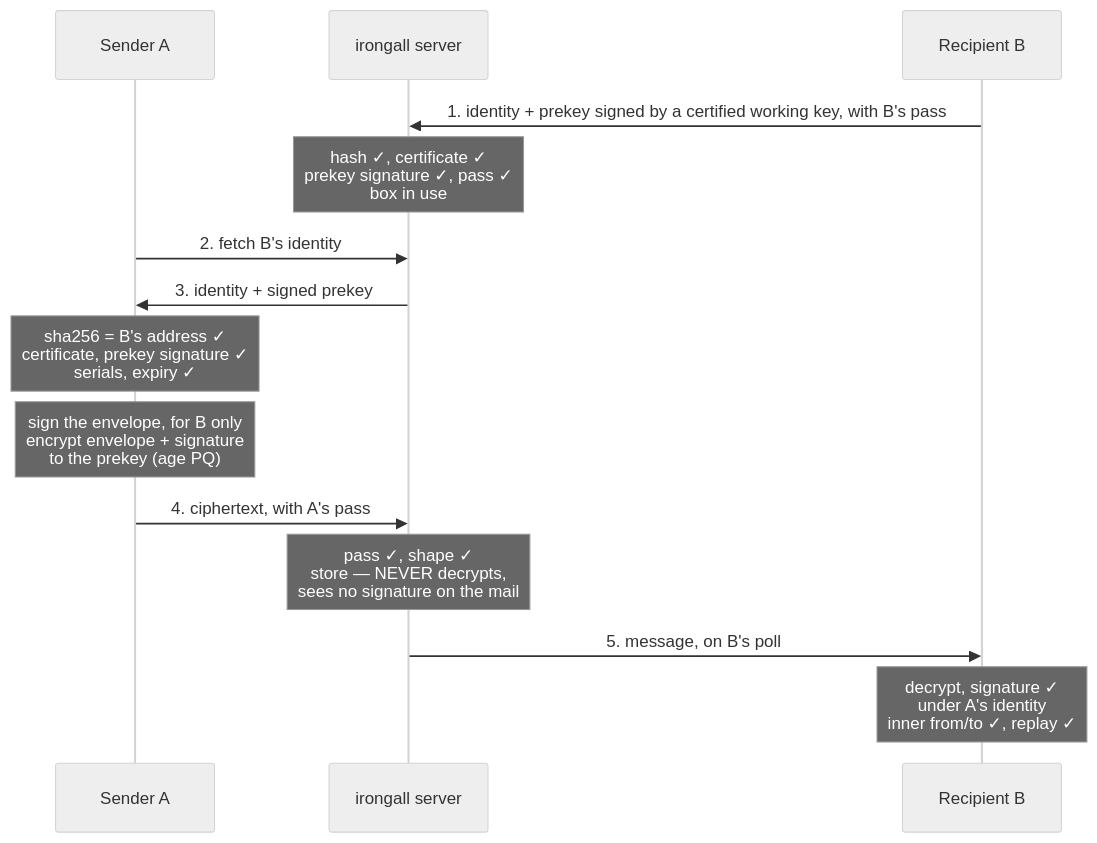
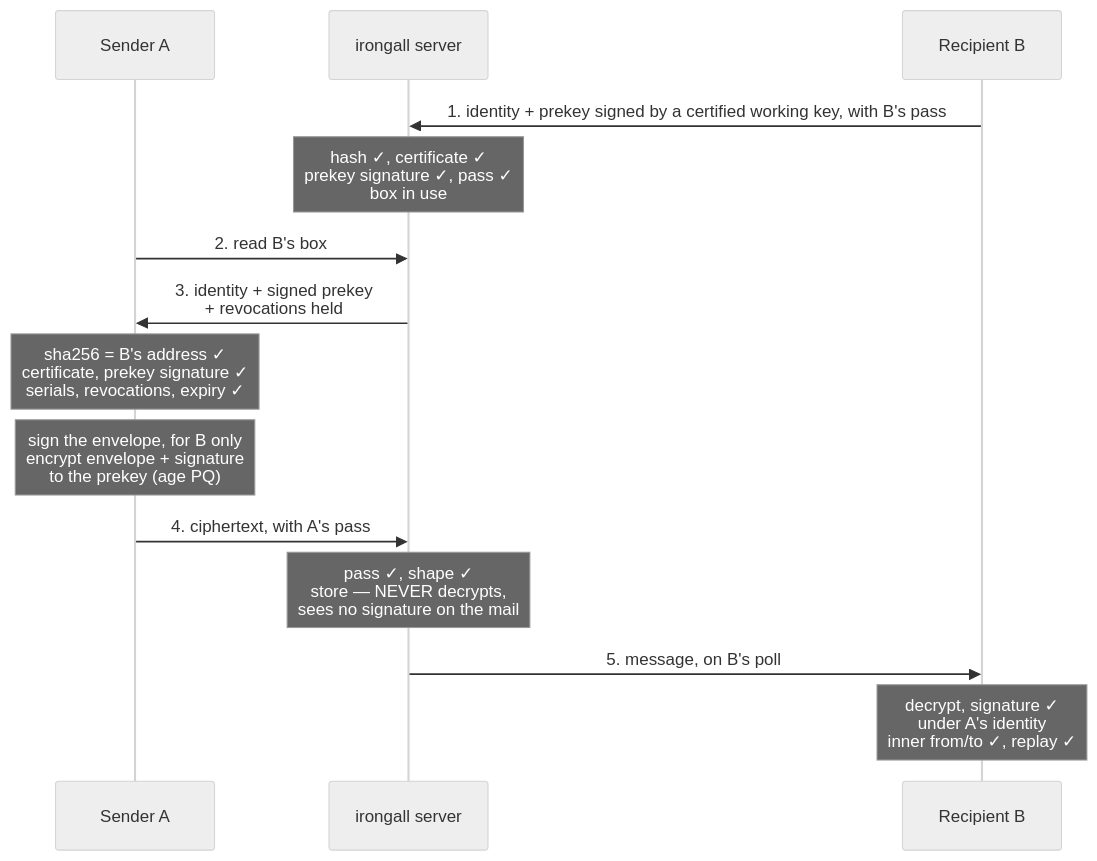
Before and after one commit to IronGall-dev/irongall-server: the diagram in CRYPTO-ANALYSIS.md, drawn with Mermaid (neutral theme). The commit also changed other lines of this file and 19 other files, not shown here.

First line of the commit message:
GET /v1/<addr>: the one read of a box, with its revocations

````diff
--- a/CRYPTO-ANALYSIS.md
+++ b/CRYPTO-ANALYSIS.md
@@ -39,16 +39,16 @@
 ```mermaid
 sequenceDiagram
     participant A as Sender A
     participant S as irongall server
     participant B as Recipient B
     B->>S: 1. identity + prekey signed by a certified working key, with B's pass
     Note over S: hash ✓, certificate ✓<br/>prekey signature ✓, pass ✓<br/>box in use
-    A->>S: 2. fetch B's identity
-    S->>A: 3. identity + signed prekey
-    Note over A: sha256 = B's address ✓<br/>certificate, prekey signature ✓<br/>serials, expiry ✓
+    A->>S: 2. read B's box
+    S->>A: 3. identity + signed prekey<br/>+ revocations held
+    Note over A: sha256 = B's address ✓<br/>certificate, prekey signature ✓<br/>serials, revocations, expiry ✓
     Note over A: sign the envelope, for B only<br/>encrypt envelope + signature<br/>to the prekey (age PQ)
     A->>S: 4. ciphertext, with A's pass
     Note over S: pass ✓, shape ✓<br/>store — NEVER decrypts,<br/>sees no signature on the mail
     S->>B: 5. message, on B's poll
     Note over B: decrypt, signature ✓<br/>under A's identity<br/>inner from/to ✓, replay ✓
 ```
````
